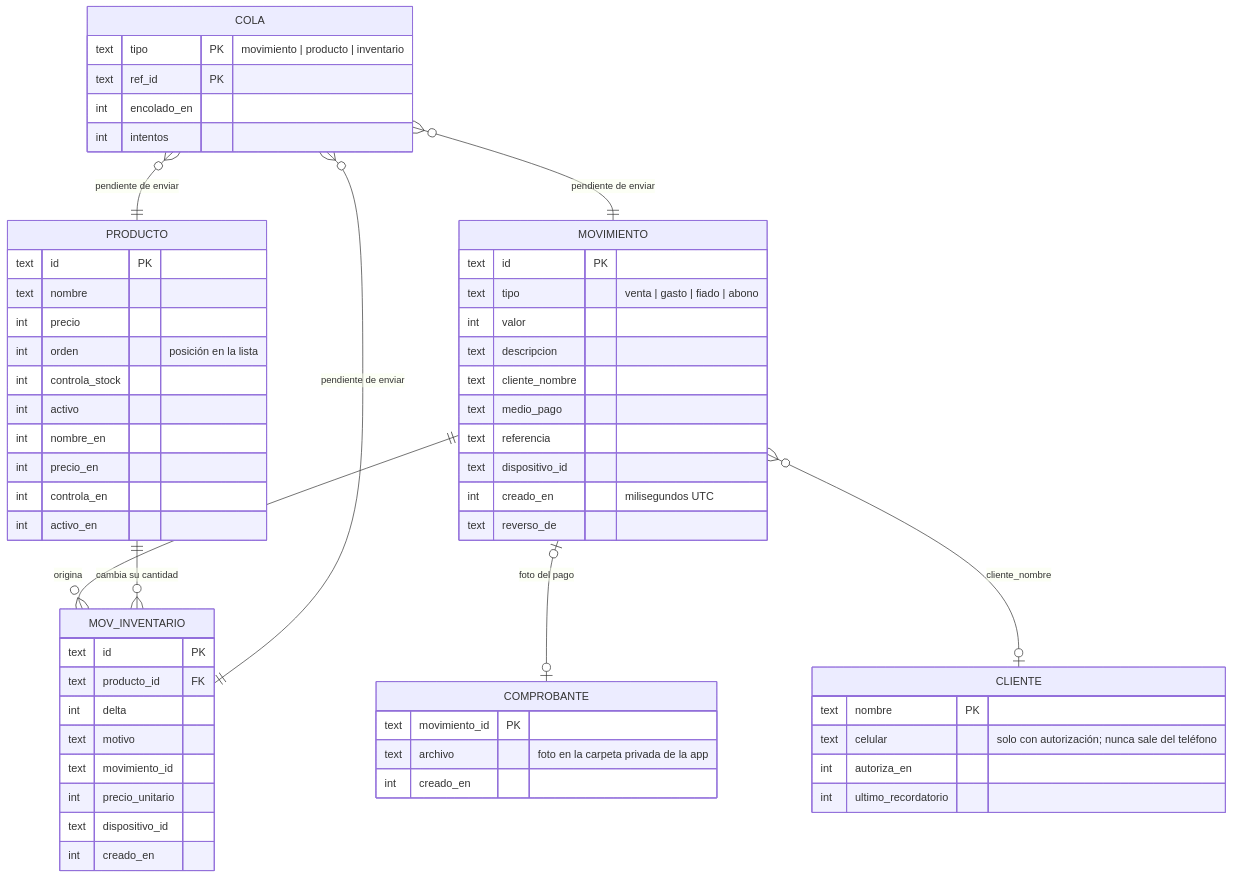
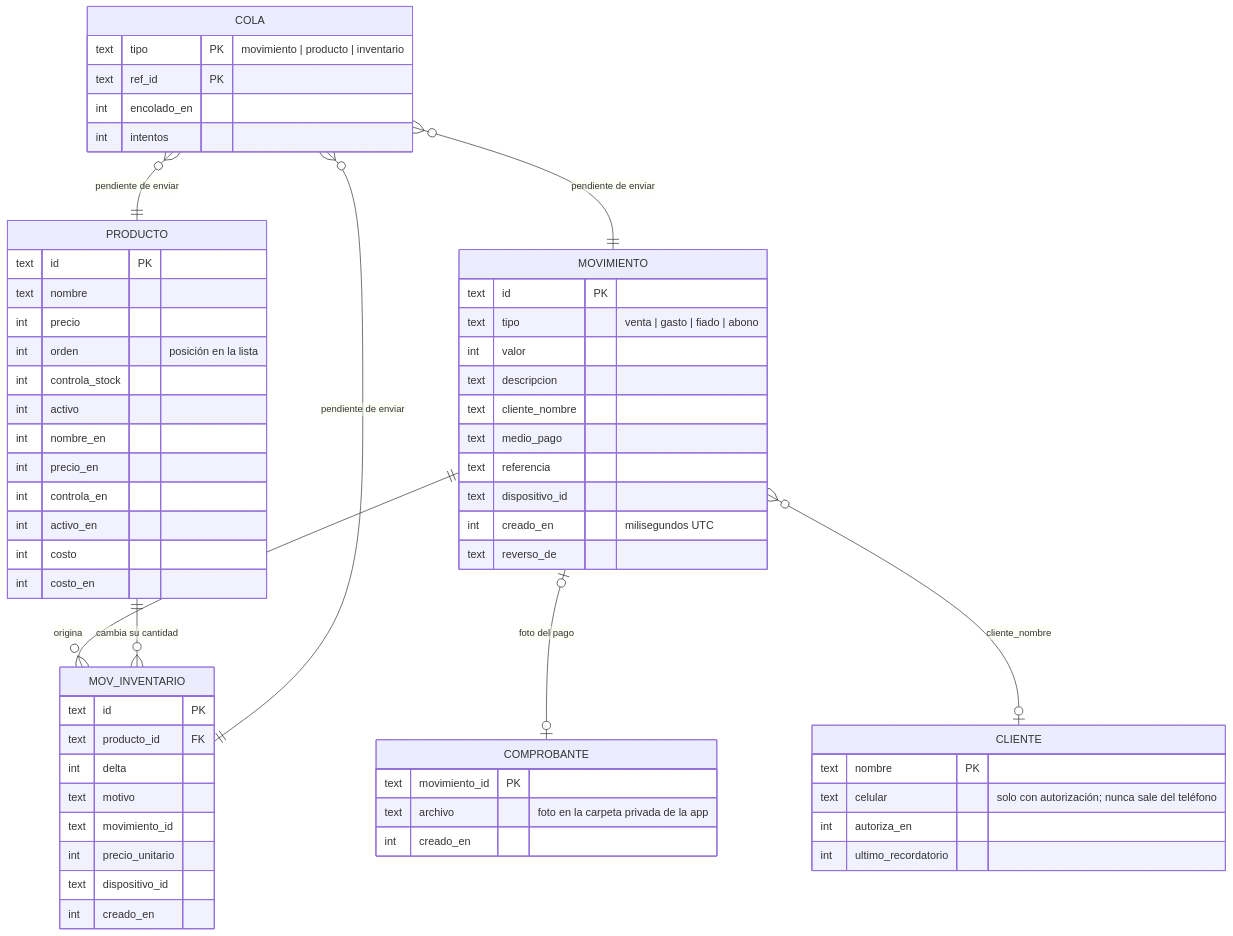
The second of 2 diagrams in documentacion/04-modelo-entidad-relacion.md (ricardomb-tech/caporal), drawn with Mermaid before and after one commit. The commit also changed other lines of this file and 31 other files, not shown here.

````diff
--- a/documentacion/04-modelo-entidad-relacion.md
+++ b/documentacion/04-modelo-entidad-relacion.md
@@ -106,62 +109,64 @@
 ```mermaid
 erDiagram
     MOVIMIENTO ||--o{ MOV_INVENTARIO : "origina"
     PRODUCTO ||--o{ MOV_INVENTARIO : "cambia su cantidad"
     MOVIMIENTO |o--o| COMPROBANTE : "foto del pago"
     MOVIMIENTO }o--o| CLIENTE : "cliente_nombre"
     COLA }o--|| MOVIMIENTO : "pendiente de enviar"
     COLA }o--|| PRODUCTO : "pendiente de enviar"
     COLA }o--|| MOV_INVENTARIO : "pendiente de enviar"
 
     MOVIMIENTO {
         text id PK
         text tipo "venta | gasto | fiado | abono"
         int valor
         text descripcion
         text cliente_nombre
         text medio_pago
         text referencia
         text dispositivo_id
         int creado_en "milisegundos UTC"
         text reverso_de
     }
     PRODUCTO {
         text id PK
         text nombre
         int precio
         int orden "posición en la lista"
         int controla_stock
         int activo
         int nombre_en
         int precio_en
         int controla_en
         int activo_en
+        int costo
+        int costo_en
     }
     MOV_INVENTARIO {
         text id PK
         text producto_id FK
         int delta
         text motivo
         text movimiento_id
         int precio_unitario
         text dispositivo_id
         int creado_en
     }
     CLIENTE {
         text nombre PK
         text celular "solo con autorización; nunca sale del teléfono"
         int autoriza_en
         int ultimo_recordatorio
     }
     COMPROBANTE {
         text movimiento_id PK
         text archivo "foto en la carpeta privada de la app"
         int creado_en
     }
     COLA {
         text tipo PK "movimiento | producto | inventario"
         text ref_id PK
         int encolado_en
         int intentos
     }
 ```
````
